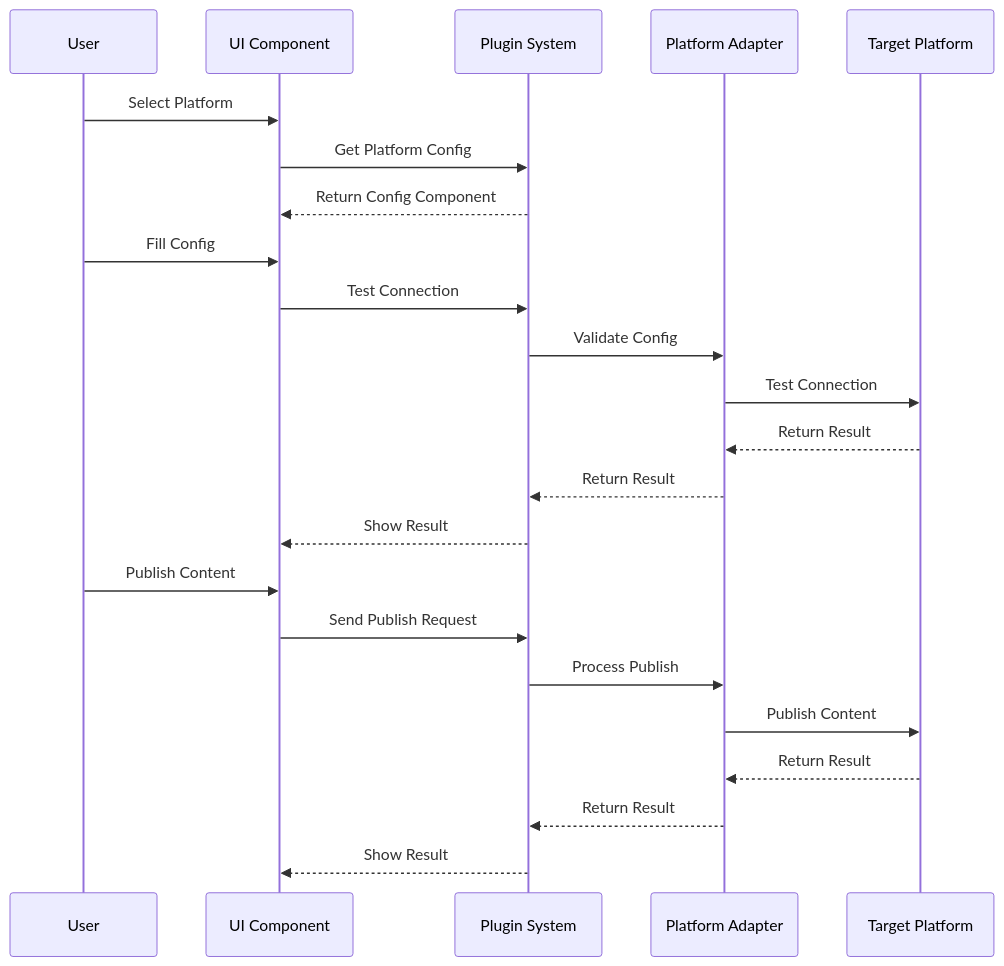
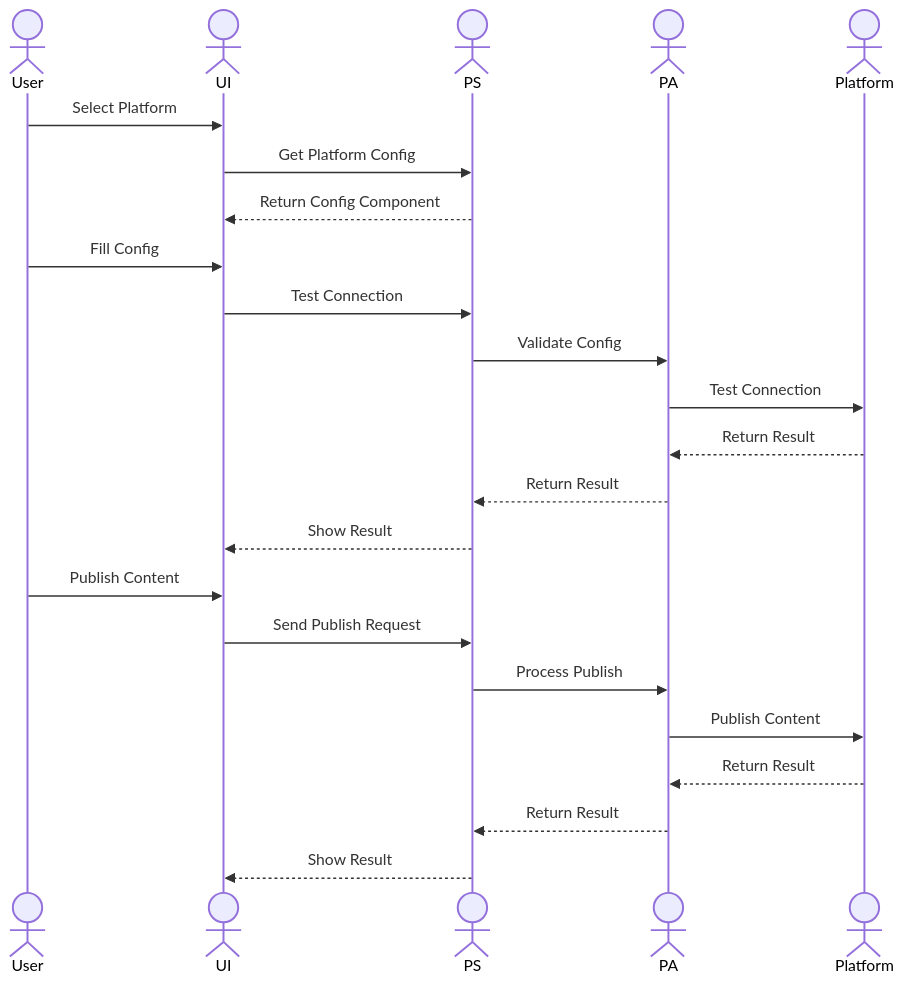
Before and after one commit to terwer/siyuan-plugin-publisher: the third of 7 diagrams in DEVELOPMENT.md, drawn with Mermaid. The commit also changed other lines of this file and 1 other file, not shown here.

First line of the commit message:
docs(DEVELOPMENT): update sequence diagrams to use actor instead of participant

````diff
--- a/DEVELOPMENT.md
+++ b/DEVELOPMENT.md
@@ -54,26 +54,26 @@
 ```mermaid
 sequenceDiagram
-    participant User as User
-    participant UI as UI Component
-    participant PS as Plugin System
-    participant PA as Platform Adapter
-    participant Platform as Target Platform
+    actor User
+    actor UI
+    actor PS
+    actor PA
+    actor Platform
 
     User->>UI: Select Platform
     UI->>PS: Get Platform Config
     PS-->>UI: Return Config Component
     User->>UI: Fill Config
     UI->>PS: Test Connection
     PS->>PA: Validate Config
     PA->>Platform: Test Connection
     Platform-->>PA: Return Result
     PA-->>PS: Return Result
     PS-->>UI: Show Result
     User->>UI: Publish Content
     UI->>PS: Send Publish Request
     PS->>PA: Process Publish
     PA->>Platform: Publish Content
     Platform-->>PA: Return Result
     PA-->>PS: Return Result
     PS-->>UI: Show Result
 ```
````
